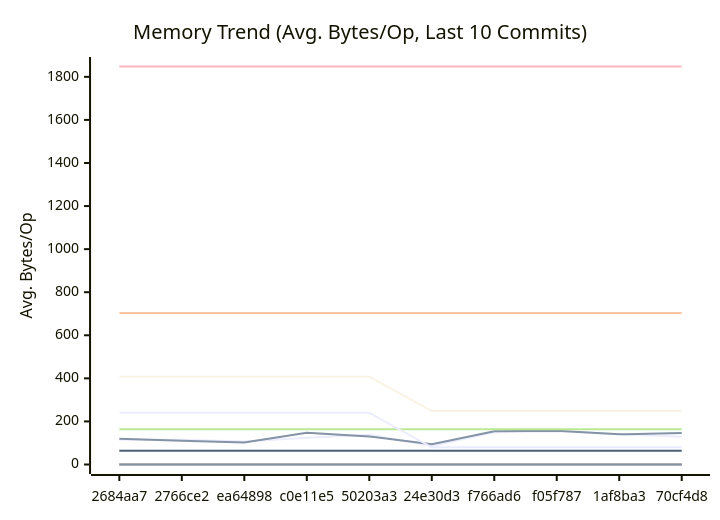
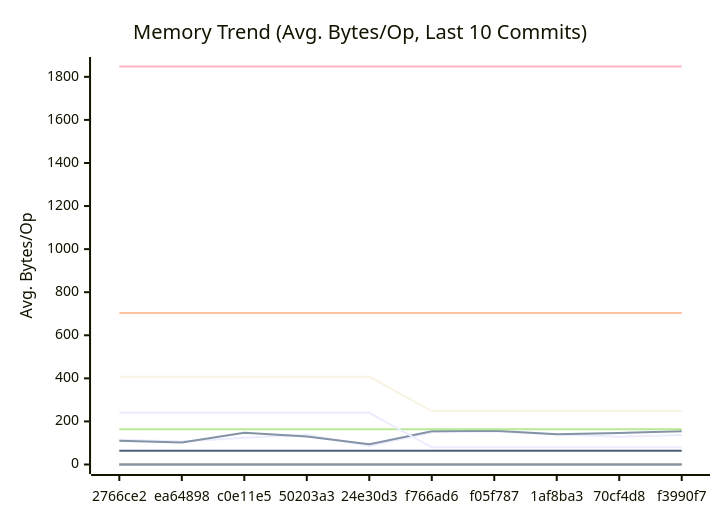
Before and after one commit to alsotoes/momo: the second of 3 diagrams in docs/PERFORMANCE.md, drawn with Mermaid. The commit also changed other lines of this file and 2 other files, not shown here.

````diff
--- a/docs/PERFORMANCE.md
+++ b/docs/PERFORMANCE.md
@@ -171,20 +171,20 @@
 ```mermaid
 xychart-beta
     title "Memory Trend (Avg. Bytes/Op, Last 10 Commits)"
     x-axis "Commit"
     y-axis "Avg. Bytes/Op"
-    x-axis [2684aa7,2766ce2,ea64898,c0e11e5,50203a3,24e30d3,f766ad6,f05f787,1af8ba3,70cf4d8]
-    line "AWSChunkedReaderSigned" [115,115,107,124,138,86,150,154,141,129]
-    line "AWSChunkedReaderUnsigned" [119,110,102,147,130,94,154,157,140,146]
+    x-axis [2766ce2,ea64898,c0e11e5,50203a3,24e30d3,f766ad6,f05f787,1af8ba3,70cf4d8,f3990f7]
+    line "AWSChunkedReaderSigned" [115,107,124,138,86,150,154,141,129,137]
+    line "AWSChunkedReaderUnsigned" [110,102,147,130,94,154,157,140,146,154]
     line "CheckMetricsAndSwap" [0,0,0,0,0,0,0,0,0,0]
     line "CrushOptimized" [0,0,0,0,0,0,0,0,0,0]
     line "CrushOriginal" [164,164,164,164,164,164,164,164,164,164]
     line "IndexDirectTracking" [0,0,0,0,0,0,0,0,0,0]
     line "IndexSearch" [0,0,0,0,0,0,0,0,0,0]
     line "LoadGlobalConfig" [1848,1848,1848,1848,1848,1848,1848,1848,1848,1848]
     line "PadString" [64,64,64,64,64,64,64,64,64,64]
     line "ParseReplicationOrder_NoPrealloc" [408,408,408,408,408,248,248,248,248,248]
     line "ParseReplicationOrder_Prealloc" [240,240,240,240,240,80,80,80,80,80]
     line "SanitizeLog/Safe" [0,0,0,0,0,0,0,0,0,0]
     line "SanitizeLog/Unsafe" [704,704,704,704,704,704,704,704,704,704]
 ```
````
